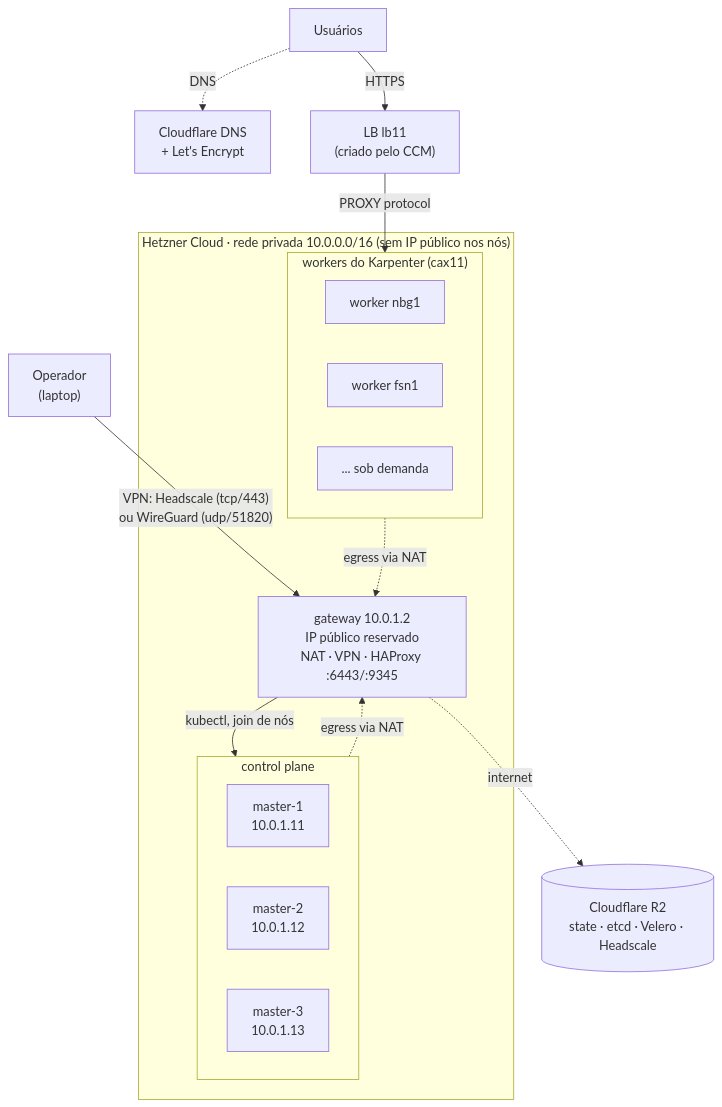
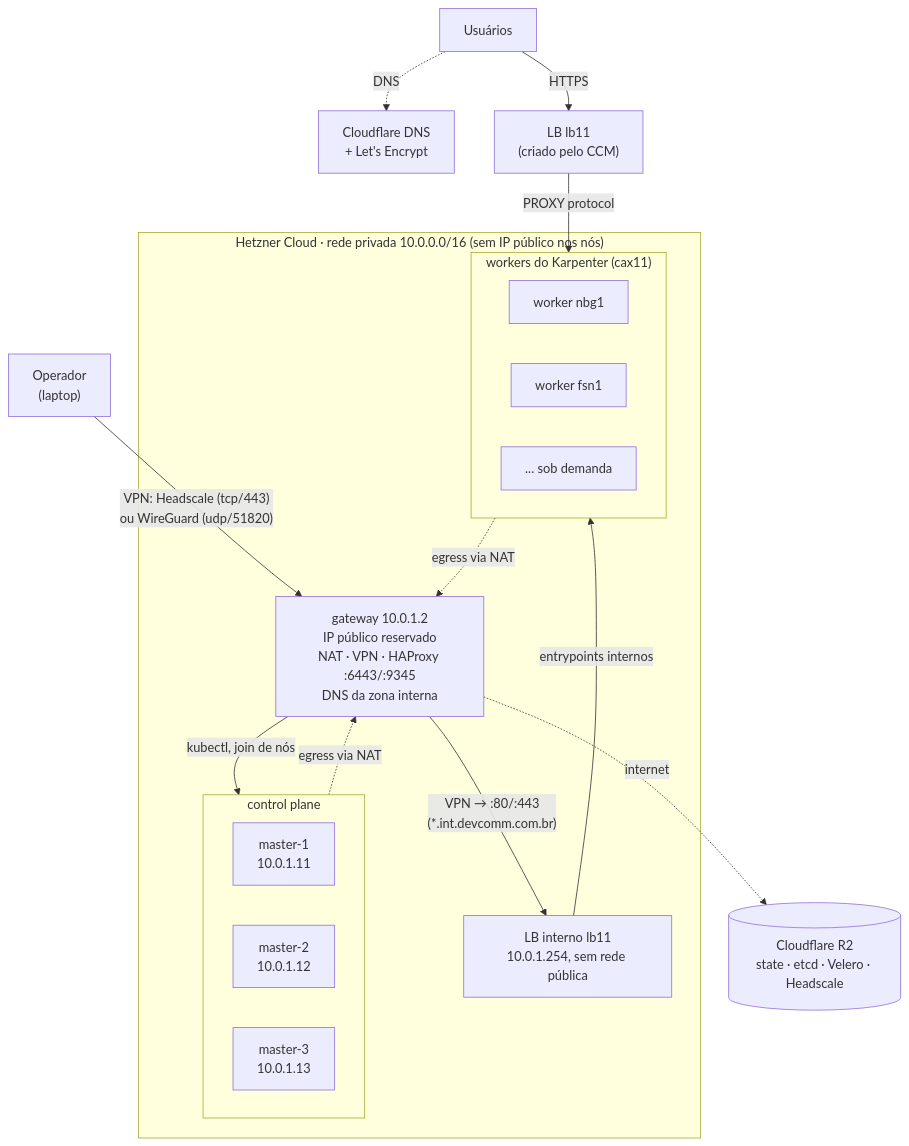
Before and after one commit to reginaldosousa/hetzner-rke2-terraform: the diagram in blog/diagrams/arquitetura.mmd, drawn with Mermaid. The commit also changed 2 other files, not shown here.

Commit message:
docs(blog): internal tools over the VPN, and the new ~US$ 61 total
New section on internal apps (why not an unregistered or .internal
domain, gateway DNS, private LB, wildcard, the Host-header policy), the
second lb11 in the cost table, and the internal LB and flow in the
diagram sources. The PNGs still need re-rendering.

```diff
--- a/blog/diagrams/arquitetura.mmd
+++ b/blog/diagrams/arquitetura.mmd
@@ -1,30 +1,33 @@
 flowchart TB
     op["Operador<br/>(laptop)"]
     user["Usuários"]
     cf["Cloudflare DNS<br/>+ Let's Encrypt"]
 
     op -- "VPN: Headscale (tcp/443)<br/>ou WireGuard (udp/51820)" --> gw
     user -- "HTTPS" --> lb["LB lb11<br/>(criado pelo CCM)"]
     user -. "DNS" .-> cf
 
     subgraph hetzner["Hetzner Cloud · rede privada 10.0.0.0/16 (sem IP público nos nós)"]
-        gw["gateway 10.0.1.2<br/>IP público reservado<br/>NAT · VPN · HAProxy :6443/:9345"]
+        gw["gateway 10.0.1.2<br/>IP público reservado<br/>NAT · VPN · HAProxy :6443/:9345<br/>DNS da zona interna"]
+        lbi["LB interno lb11<br/>10.0.1.254, sem rede pública"]
         subgraph cp["control plane"]
             m1["master-1<br/>10.0.1.11"]
             m2["master-2<br/>10.0.1.12"]
             m3["master-3<br/>10.0.1.13"]
         end
         subgraph wk["workers do Karpenter (cax11)"]
             w1["worker nbg1"]
             w2["worker fsn1"]
             w3["... sob demanda"]
         end
     end
 
     gw -- "kubectl, join de nós" --> cp
     lb -- "PROXY protocol" --> wk
+    gw -- "VPN → :80/:443<br/>(*.int.devcomm.com.br)" --> lbi
+    lbi -- "entrypoints internos" --> wk
     wk -. "egress via NAT" .-> gw
     cp -. "egress via NAT" .-> gw
 
     r2[("Cloudflare R2<br/>state · etcd · Velero · Headscale")]
     gw -. "internet" .-> r2
```
